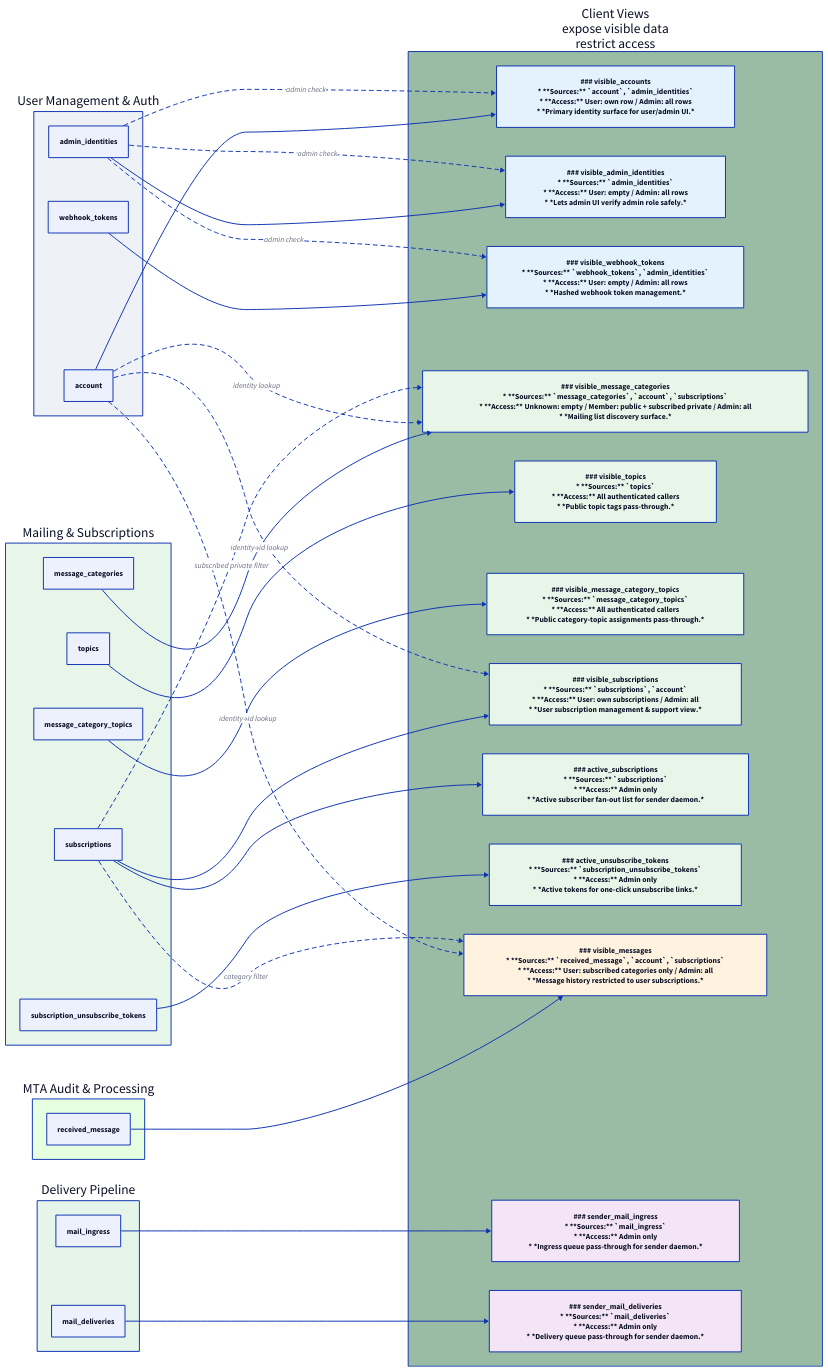
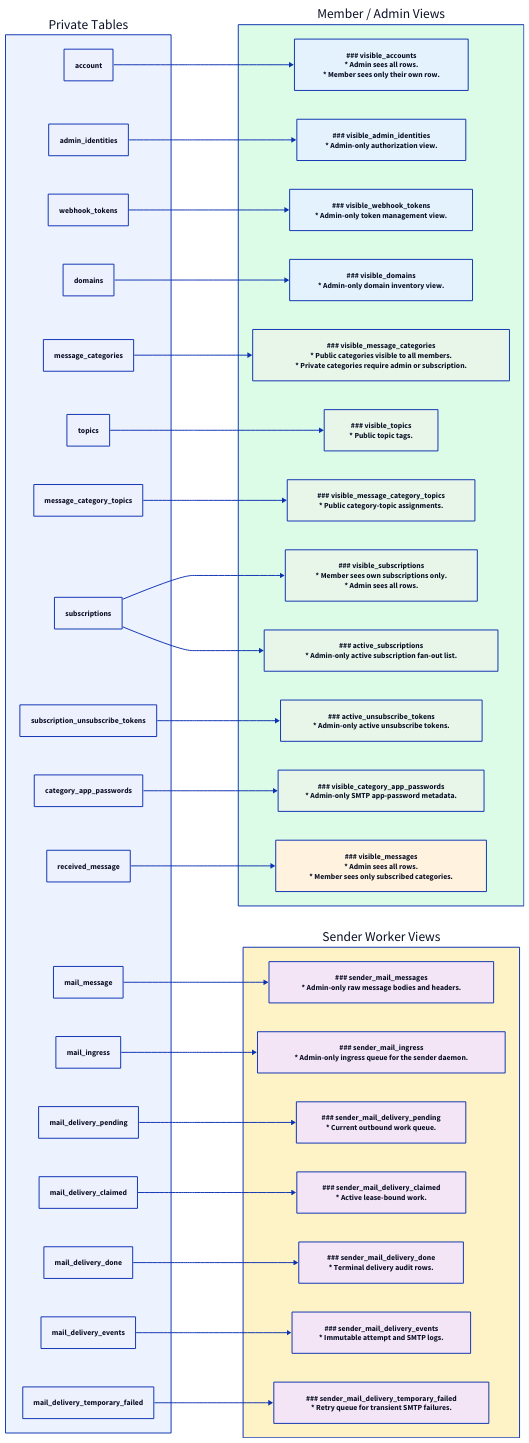
The diagram in docs/src/core/spacetimedb/database-schema-client-views.d2 (enaut/kommunikationszentrum), drawn with D2 before and after one commit. The commit also changed 14 other files, not shown here.

Commit message:
Rework docs: add Sender daemon and retry pipeline

```diff
--- a/docs/src/core/spacetimedb/database-schema-client-views.d2
+++ b/docs/src/core/spacetimedb/database-schema-client-views.d2
@@ -1,42 +1,34 @@
 direction: right
 
-"User Management & Auth": {
-  style.fill: "#eef2f7"
+"Private Tables": {
+  style.fill: "#edf2ff"
   account
   admin_identities
   webhook_tokens
-}
-
-"Mailing & Subscriptions": {
-  style.fill: "#e8f5e9"
   message_categories
   topics
   message_category_topics
   subscriptions
   subscription_unsubscribe_tokens
+  category_app_passwords
+  domains
+  received_message
+  mail_message
+  mail_ingress
+  mail_delivery_pending
+  mail_delivery_temporary_failed
+  mail_delivery_claimed
+  mail_delivery_done
+  mail_delivery_events
 }
 
-"MTA Audit & Processing": {
-  style.fill: "#e6ffe0"
-  received_message
-}
-
-"Delivery Pipeline": {
-  style.fill: "#e5f5e9"
-  mail_ingress
-  mail_deliveries
-}
-
-"Client Views": "Client Views\nexpose visible data\nrestrict access" {
-  shape: rectangle
-  style.fill: "#9abca5"
-  direction: left
+"Member / Admin Views": {
+  style.fill: "#dcfce7"
 
   visible_accounts: |md
     ### visible_accounts
-    * **Sources:** `account`, `admin_identities`
-    * **Access:** User: own row / Admin: all rows
-    * *Primary identity surface for user/admin UI.*
+    * Admin sees all rows.
+    * Member sees only their own row.
   | {
     shape: rectangle
     style.fill: "#e3f2fd"
@@ -44,9 +36,7 @@
 
   visible_admin_identities: |md
     ### visible_admin_identities
-    * **Sources:** `admin_identities`
-    * **Access:** User: empty / Admin: all rows
-    * *Lets admin UI verify admin role safely.*
+    * Admin-only authorization view.
   | {
     shape: rectangle
     style.fill: "#e3f2fd"
@@ -54,9 +44,15 @@
 
   visible_webhook_tokens: |md
     ### visible_webhook_tokens
-    * **Sources:** `webhook_tokens`, `admin_identities`
-    * **Access:** User: empty / Admin: all rows
-    * *Hashed webhook token management.*
+    * Admin-only token management view.
+  | {
+    shape: rectangle
+    style.fill: "#e3f2fd"
+  }
+
+  visible_domains: |md
+    ### visible_domains
+    * Admin-only domain inventory view.
   | {
     shape: rectangle
     style.fill: "#e3f2fd"
@@ -64,9 +60,8 @@
 
   visible_message_categories: |md
     ### visible_message_categories
-    * **Sources:** `message_categories`, `account`, `subscriptions`
-    * **Access:** Unknown: empty / Member: public + subscribed private / Admin: all
-    * *Mailing list discovery surface.*
+    * Public categories visible to all members.
+    * Private categories require admin or subscription.
   | {
     shape: rectangle
     style.fill: "#e8f5e9"
@@ -74,9 +69,7 @@
 
   visible_topics: |md
     ### visible_topics
-    * **Sources:** `topics`
-    * **Access:** All authenticated callers
-    * *Public topic tags pass-through.*
+    * Public topic tags.
   | {
     shape: rectangle
     style.fill: "#e8f5e9"
@@ -84,9 +77,7 @@
 
   visible_message_category_topics: |md
     ### visible_message_category_topics
-    * **Sources:** `message_category_topics`
-    * **Access:** All authenticated callers
-    * *Public category-topic assignments pass-through.*
+    * Public category-topic assignments.
   | {
     shape: rectangle
     style.fill: "#e8f5e9"
@@ -94,9 +85,8 @@
 
   visible_subscriptions: |md
     ### visible_subscriptions
-    * **Sources:** `subscriptions`, `account`
-    * **Access:** User: own subscriptions / Admin: all
-    * *User subscription management & support view.*
+    * Member sees own subscriptions only.
+    * Admin sees all rows.
   | {
     shape: rectangle
     style.fill: "#e8f5e9"
@@ -104,9 +94,7 @@
 
   active_subscriptions: |md
     ### active_subscriptions
-    * **Sources:** `subscriptions`
-    * **Access:** Admin only
-    * *Active subscriber fan-out list for sender daemon.*
+    * Admin-only active subscription fan-out list.
   | {
     shape: rectangle
     style.fill: "#e8f5e9"
@@ -114,9 +102,15 @@
 
   active_unsubscribe_tokens: |md
     ### active_unsubscribe_tokens
-    * **Sources:** `subscription_unsubscribe_tokens`
-    * **Access:** Admin only
-    * *Active tokens for one-click unsubscribe links.*
+    * Admin-only active unsubscribe tokens.
+  | {
+    shape: rectangle
+    style.fill: "#e8f5e9"
+  }
+
+  visible_category_app_passwords: |md
+    ### visible_category_app_passwords
+    * Admin-only SMTP app-password metadata.
   | {
     shape: rectangle
     style.fill: "#e8f5e9"
@@ -124,71 +118,90 @@
 
   visible_messages: |md
     ### visible_messages
-    * **Sources:** `received_message`, `account`, `subscriptions`
-    * **Access:** User: subscribed categories only / Admin: all
-    * *Message history restricted to user subscriptions.*
+    * Admin sees all rows.
+    * Member sees only subscribed categories.
   | {
     shape: rectangle
     style.fill: "#fff3e0"
   }
+}
 
-  sender_mail_ingress: |md
-    ### sender_mail_ingress
-    * **Sources:** `mail_ingress`
-    * **Access:** Admin only
-    * *Ingress queue pass-through for sender daemon.*
+"Sender Worker Views": {
+  style.fill: "#fef3c7"
+
+  sender_mail_messages: |md
+    ### sender_mail_messages
+    * Admin-only raw message bodies and headers.
   | {
     shape: rectangle
     style.fill: "#f3e5f5"
   }
 
-  sender_mail_deliveries: |md
-    ### sender_mail_deliveries
-    * **Sources:** `mail_deliveries`
-    * **Access:** Admin only
-    * *Delivery queue pass-through for sender daemon.*
+  sender_mail_ingress: |md
+    ### sender_mail_ingress
+    * Admin-only ingress queue for the sender daemon.
+  | {
+    shape: rectangle
+    style.fill: "#f3e5f5"
+  }
+
+  sender_mail_delivery_pending: |md
+    ### sender_mail_delivery_pending
+    * Current outbound work queue.
+  | {
+    shape: rectangle
+    style.fill: "#f3e5f5"
+  }
+
+  sender_mail_delivery_claimed: |md
+    ### sender_mail_delivery_claimed
+    * Active lease-bound work.
+  | {
+    shape: rectangle
+    style.fill: "#f3e5f5"
+  }
+
+  sender_mail_delivery_done: |md
+    ### sender_mail_delivery_done
+    * Terminal delivery audit rows.
+  | {
+    shape: rectangle
+    style.fill: "#f3e5f5"
+  }
+
+  sender_mail_delivery_events: |md
+    ### sender_mail_delivery_events
+    * Immutable attempt and SMTP logs.
+  | {
+    shape: rectangle
+    style.fill: "#f3e5f5"
+  }
+
+  sender_mail_delivery_temporary_failed: |md
+    ### sender_mail_delivery_temporary_failed
+    * Retry queue for transient SMTP failures.
   | {
     shape: rectangle
     style.fill: "#f3e5f5"
   }
 }
 
-# visible_accounts: reads account (primary), admin_identities (admin check)
-"User Management & Auth".account -> "Client Views".visible_accounts
-"User Management & Auth".admin_identities -> "Client Views".visible_accounts: {style.stroke-dash: 4; label: "admin check"}
-
-# visible_admin_identities
-"User Management & Auth".admin_identities -> "Client Views".visible_admin_identities
-"User Management & Auth".admin_identities -> "Client Views".visible_admin_identities: {style.stroke-dash: 4; label: "admin check"}
-
-# visible_webhook_tokens
-"User Management & Auth".webhook_tokens -> "Client Views".visible_webhook_tokens
-"User Management & Auth".admin_identities -> "Client Views".visible_webhook_tokens: {style.stroke-dash: 4; label: "admin check"}
-
-# visible_message_categories: reads message_categories, account + subscriptions for user filtering
-"Mailing & Subscriptions".message_categories -> "Client Views".visible_message_categories
-"User Management & Auth".account -> "Client Views".visible_message_categories: {style.stroke-dash: 4; label: "identity lookup"}
-"Mailing & Subscriptions".subscriptions -> "Client Views".visible_message_categories: {style.stroke-dash: 4; label: "subscribed private filter"}
-
-# visible_topics / visible_message_category_topics: fully public pass-through
-"Mailing & Subscriptions".topics -> "Client Views".visible_topics
-"Mailing & Subscriptions".message_category_topics -> "Client Views".visible_message_category_topics
-
-# visible_subscriptions: reads subscriptions + account (to resolve identity→id)
-"Mailing & Subscriptions".subscriptions -> "Client Views".visible_subscriptions
-"User Management & Auth".account -> "Client Views".visible_subscriptions: {style.stroke-dash: 4; label: "identity→id lookup"}
-
-# active_subscriptions: subscriptions only (admin-gated full fan-out list)
-"Mailing & Subscriptions".subscriptions -> "Client Views".active_subscriptions
-
-# active_unsubscribe_tokens: subscription_unsubscribe_tokens only (admin-gated)
-"Mailing & Subscriptions".subscription_unsubscribe_tokens -> "Client Views".active_unsubscribe_tokens
-
-# visible_messages: reads received_message + account + subscriptions for per-user category filtering
-"MTA Audit & Processing".received_message -> "Client Views".visible_messages
-"User Management & Auth".account -> "Client Views".visible_messages: {style.stroke-dash: 4; label: "identity→id lookup"}
-"Mailing & Subscriptions".subscriptions -> "Client Views".visible_messages: {style.stroke-dash: 4; label: "category filter"}
-
-# sender_mail_ingress / sender_mail_deliveries: pass-through (admin-gated)
-"Delivery Pipeline".mail_ingress -> "Client Views".sender_mail_ingress
-"Delivery Pipeline".mail_deliveries -> "Client Views".sender_mail_deliveries
+"Private Tables".account -> "Member / Admin Views".visible_accounts
+"Private Tables".admin_identities -> "Member / Admin Views".visible_admin_identities
+"Private Tables".webhook_tokens -> "Member / Admin Views".visible_webhook_tokens
+"Private Tables".domains -> "Member / Admin Views".visible_domains
+"Private Tables".message_categories -> "Member / Admin Views".visible_message_categories
+"Private Tables".topics -> "Member / Admin Views".visible_topics
+"Private Tables".message_category_topics -> "Member / Admin Views".visible_message_category_topics
+"Private Tables".subscriptions -> "Member / Admin Views".visible_subscriptions
+"Private Tables".subscriptions -> "Member / Admin Views".active_subscriptions
+"Private Tables".subscription_unsubscribe_tokens -> "Member / Admin Views".active_unsubscribe_tokens
+"Private Tables".category_app_passwords -> "Member / Admin Views".visible_category_app_passwords
+"Private Tables".received_message -> "Member / Admin Views".visible_messages
+"Private Tables".mail_message -> "Sender Worker Views".sender_mail_messages
+"Private Tables".mail_ingress -> "Sender Worker Views".sender_mail_ingress
+"Private Tables".mail_delivery_pending -> "Sender Worker Views".sender_mail_delivery_pending
+"Private Tables".mail_delivery_claimed -> "Sender Worker Views".sender_mail_delivery_claimed
+"Private Tables".mail_delivery_done -> "Sender Worker Views".sender_mail_delivery_done
+"Private Tables".mail_delivery_events -> "Sender Worker Views".sender_mail_delivery_events
+"Private Tables".mail_delivery_temporary_failed -> "Sender Worker Views".sender_mail_delivery_temporary_failed
```
